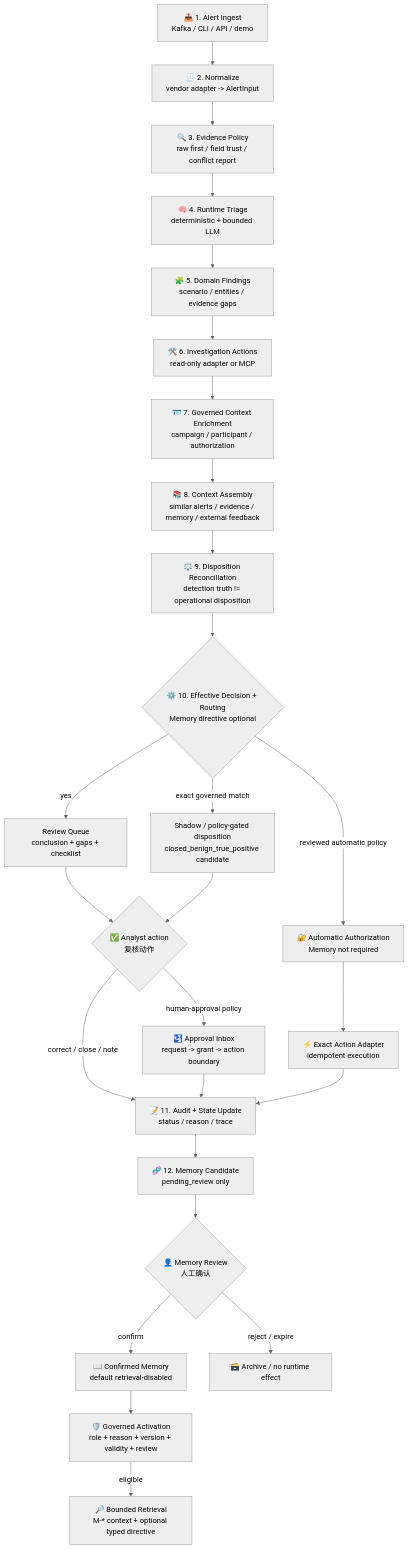
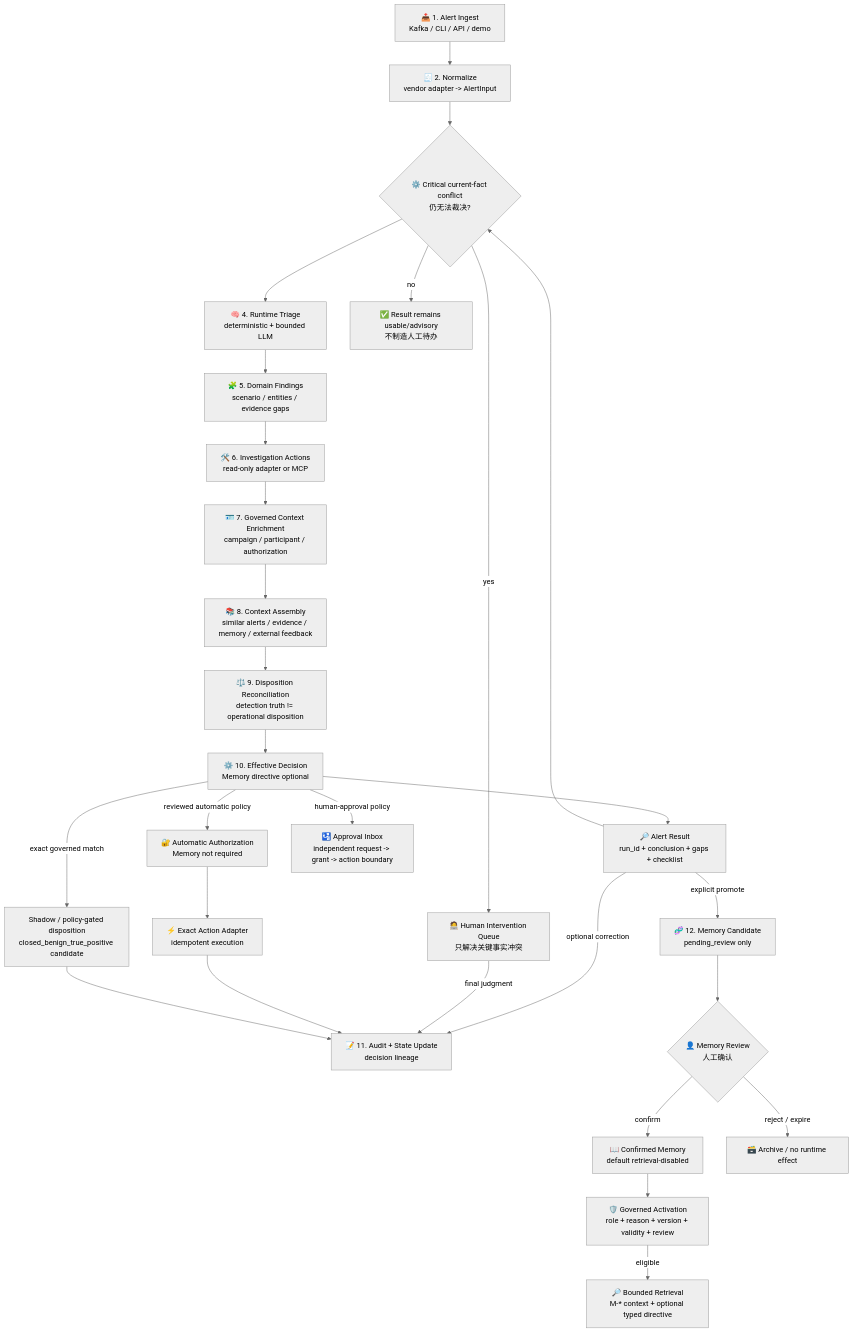
Before and after one commit to yydspanda/deer-flow: the third of 17 diagrams in .notes/ai_soc/soc-agent-solution.md, drawn with Mermaid (neutral theme). The commit also changed other lines of this file and 83 other files, not shown here.

Commit message:
feat(soc): streamline alert review and memory operations

````diff
--- a/.notes/ai_soc/soc-agent-solution.md
+++ b/.notes/ai_soc/soc-agent-solution.md
@@ -246,28 +249,30 @@
 ```mermaid
 flowchart TD
     A["📥 1. Alert Ingest<br/>Kafka / CLI / API / demo"] --> B["🧾 2. Normalize<br/>vendor adapter -> AlertInput"]
     B --> C["🔍 3. Evidence Policy<br/>raw first / field trust / conflict report"]
     C --> D["🧠 4. Runtime Triage<br/>deterministic + bounded LLM"]
     D --> E["🧩 5. Domain Findings<br/>scenario / entities / evidence gaps"]
     E --> F["🛠️ 6. Investigation Actions<br/>read-only adapter or MCP"]
     F --> A1["🪪 7. Governed Context Enrichment<br/>campaign / participant / authorization"]
     A1 --> G["📚 8. Context Assembly<br/>similar alerts / evidence / memory / external feedback"]
     G --> D1["⚖️ 9. Disposition Reconciliation<br/>detection truth != operational disposition"]
-    D1 --> H{"⚙️ 10. Effective Decision + Routing<br/>Memory directive optional"}
-    H -->|"yes"| H1["Review Queue<br/>conclusion + gaps + checklist"]
+    D1 --> H["⚙️ 10. Effective Decision<br/>Memory directive optional"]
+    H --> R["🔎 Alert Result<br/>run_id + conclusion + gaps + checklist"]
+    R --> C{"⚙️ Critical current-fact conflict<br/>仍无法裁决?"}
+    C -->|"no"| C0["✅ Result remains usable/advisory<br/>不制造人工待办"]
+    C -->|"yes"| H1["🧑‍💻 Human Intervention Queue<br/>只解决关键事实冲突"]
+    R -->|"optional correction"| J["📝 11. Audit + State Update<br/>decision lineage"]
+    H1 -->|"final judgment"| J
     H -->|"exact governed match"| H2["Shadow / policy-gated disposition<br/>closed_benign_true_positive candidate"]
-    H1 --> I{"✅ Analyst action<br/>复核动作"}
-    H2 --> I
-    I -->|"correct / close / note"| J["📝 11. Audit + State Update<br/>status / reason / trace"]
     H -->|"reviewed automatic policy"| K0["🔐 Automatic Authorization<br/>Memory not required"]
-    I -->|"human-approval policy"| K["🛂 Approval Inbox<br/>request -> grant -> action boundary"]
-    J --> L["🧬 12. Memory Candidate<br/>pending_review only"]
-    K --> J
+    H -->|"human-approval policy"| K["🛂 Approval Inbox<br/>independent request -> grant -> action boundary"]
     K0 --> K1["⚡ Exact Action Adapter<br/>idempotent execution"]
     K1 --> J
+    R -->|"explicit promote"| L["🧬 12. Memory Candidate<br/>pending_review only"]
+    H2 --> J
     L --> M{"👤 Memory Review<br/>人工确认"}
     M -->|"confirm"| N["📖 Confirmed Memory<br/>default retrieval-disabled"]
     N --> P["🛡️ Governed Activation<br/>role + reason + version + validity + review"]
     P -->|"eligible"| Q["🔎 Bounded Retrieval<br/>M-* context + optional typed directive"]
     M -->|"reject / expire"| O["🗃️ Archive / no runtime effect"]
 ```
````
